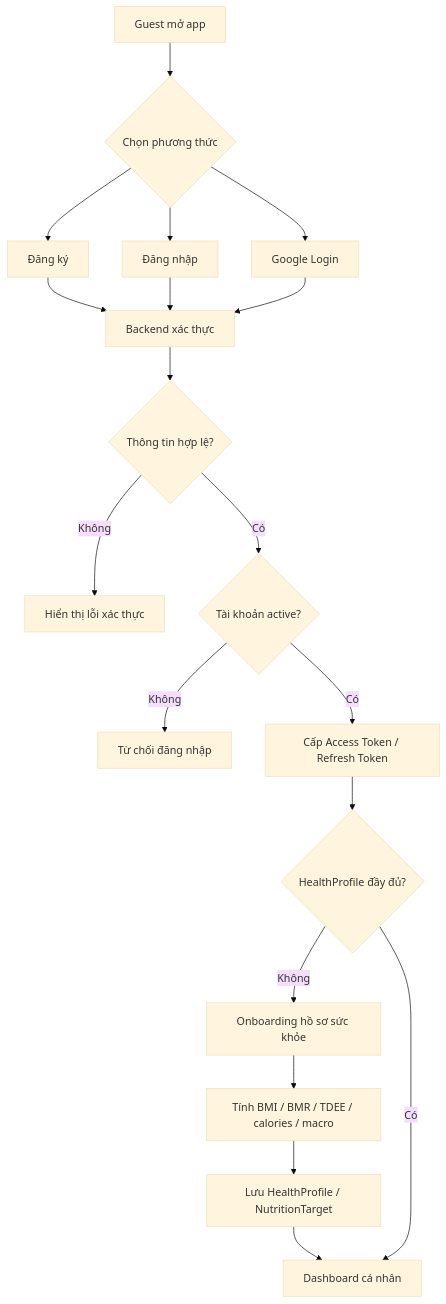
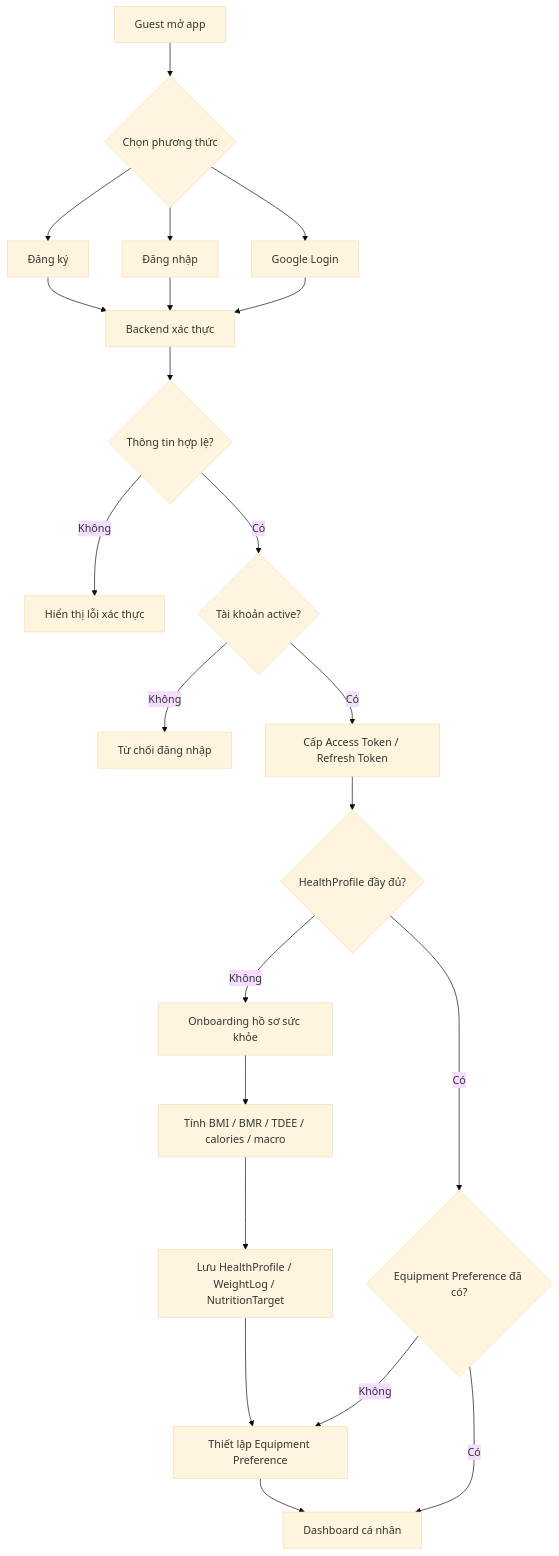
The second of 21 diagrams in docs/spec/bussiness_mainflow.md (tgiahuy/VieGym), drawn with Mermaid (base theme) before and after one commit. The commit also changed other lines of this file and 16 other files, not shown here.

````diff
--- a/docs/spec/bussiness_mainflow.md
+++ b/docs/spec/bussiness_mainflow.md
@@ -129,26 +158,29 @@
 ```mermaid
 flowchart TD
     Guest[Guest mở app] --> Method{Chọn phương thức}
     Method --> Register[Đăng ký]
     Method --> Login[Đăng nhập]
     Method --> Google[Google Login]
 
     Register --> Verify[Backend xác thực]
     Login --> Verify
     Google --> Verify
 
     Verify --> Valid{Thông tin hợp lệ?}
     Valid -- Không --> AuthError[Hiển thị lỗi xác thực]
     Valid -- Có --> Account{Tài khoản active?}
 
     Account -- Không --> Blocked[Từ chối đăng nhập]
     Account -- Có --> Token[Cấp Access Token / Refresh Token]
     Token --> Profile{HealthProfile đầy đủ?}
 
     Profile -- Không --> Onboarding[Onboarding hồ sơ sức khỏe]
     Onboarding --> Calculate[Tính BMI / BMR / TDEE / calories / macro]
-    Calculate --> SaveProfile[Lưu HealthProfile / NutritionTarget]
-    SaveProfile --> Dashboard[Dashboard cá nhân]
+    Calculate --> SaveProfile[Lưu HealthProfile / WeightLog / NutritionTarget]
+    SaveProfile --> Equipment[Thiết lập Equipment Preference]
+    Equipment --> Dashboard[Dashboard cá nhân]
 
-    Profile -- Có --> Dashboard
+    Profile -- Có --> EquipmentCheck{Equipment Preference đã có?}
+    EquipmentCheck -- Không --> Equipment
+    EquipmentCheck -- Có --> Dashboard
 ```
````
